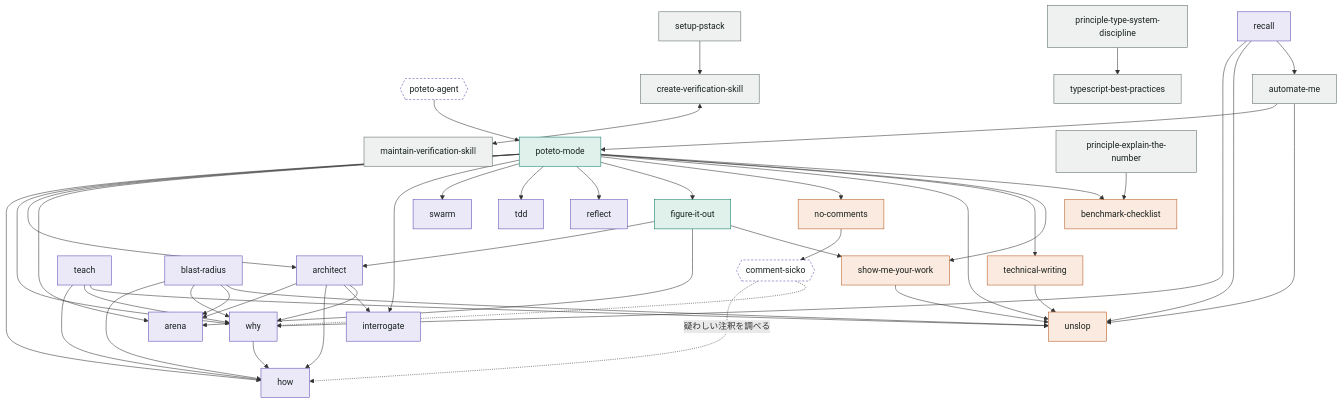
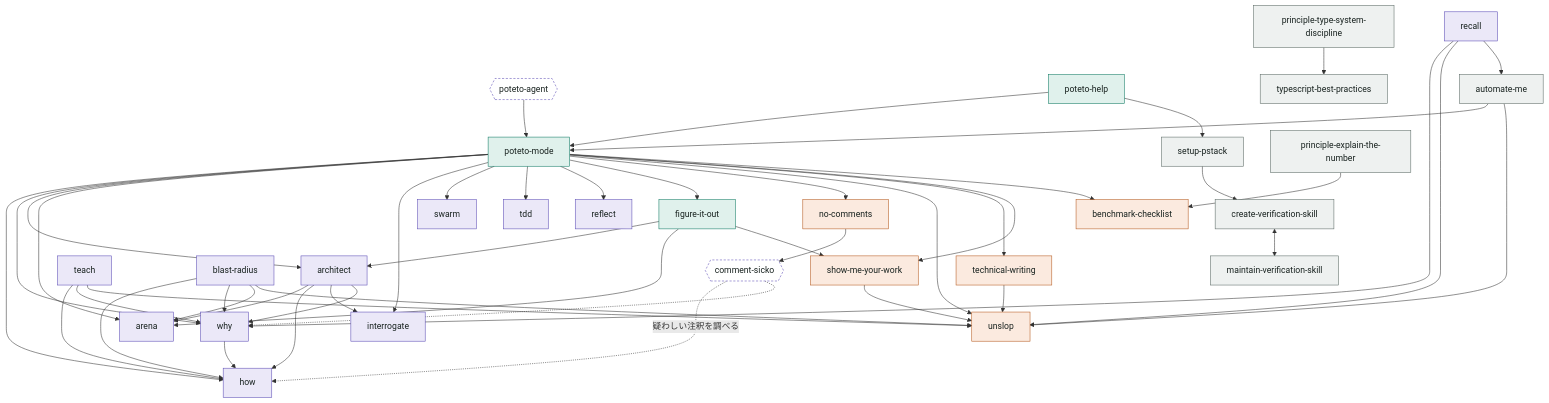
Before and after one commit to souljazzfunk/lab: the second of 12 diagrams in pstack-cc/docs/skill-map.ja.md, drawn with Mermaid. The commit also changed other lines of this file and 49 other files, not shown here.

````diff
--- a/pstack-cc/docs/skill-map.ja.md
+++ b/pstack-cc/docs/skill-map.ja.md
@@ -31,60 +31,62 @@
 ```mermaid
 flowchart TB
   classDef entry fill:#e0f1ec,stroke:#0f7a63,color:#18221f
   classDef wf fill:#ebe8f8,stroke:#5b4bb5,color:#18221f
   classDef q fill:#fbeadf,stroke:#b4581d,color:#18221f
   classDef etc fill:#eef1f0,stroke:#5b6964,color:#18221f
   classDef ag fill:#ffffff,stroke:#5b4bb5,stroke-dasharray:4 3,color:#18221f
 
   PM[poteto-mode]:::entry
   FIO[figure-it-out]:::entry
   AG{{poteto-agent}}:::ag
   AG --> PM
+  PH[poteto-help]:::entry --> PM
+  PH --> SP
 
   PM --> HOW[how]:::wf
   PM --> WHY[why]:::wf
   PM --> ARC[architect]:::wf
   PM --> ARN[arena]:::wf
   PM --> INT[interrogate]:::wf
   PM --> SW[swarm]:::wf
   PM --> TDD[tdd]:::wf
   PM --> REF[reflect]:::wf
   PM --> FIO
   PM --> NC[no-comments]:::q
   PM --> UN[unslop]:::q
   PM --> TW[technical-writing]:::q
   PM --> SMW[show-me-your-work]:::q
   PM --> BC[benchmark-checklist]:::q
 
   FIO --> ARC
   FIO --> ARN
   FIO --> SMW
   ARC --> ARN
   ARC --> HOW
   ARC --> INT
   ARC --> WHY
   WHY --> HOW
   TEACH[teach]:::wf --> HOW
   TEACH --> WHY
   TEACH --> UN
   BR[blast-radius]:::wf --> HOW
   BR --> WHY
   BR --> ARN
   BR --> UN
   RC[recall]:::wf --> WHY
   RC --> UN
   RC --> AM[automate-me]:::etc
   AM --> PM
   AM --> UN
 
   NC --> CS{{comment-sicko}}:::ag
   CS -. 疑わしい注釈を調べる .-> HOW
   CS -.-> WHY
   TW --> UN
   SMW --> UN
 
   SP[setup-pstack]:::etc --> CVS[create-verification-skill]:::etc
   CVS <--> MVS[maintain-verification-skill]:::etc
   PTS[principle-type-system-discipline]:::etc --> TS[typescript-best-practices]:::etc
   PEN[principle-explain-the-number]:::etc --> BC
 ```
````
